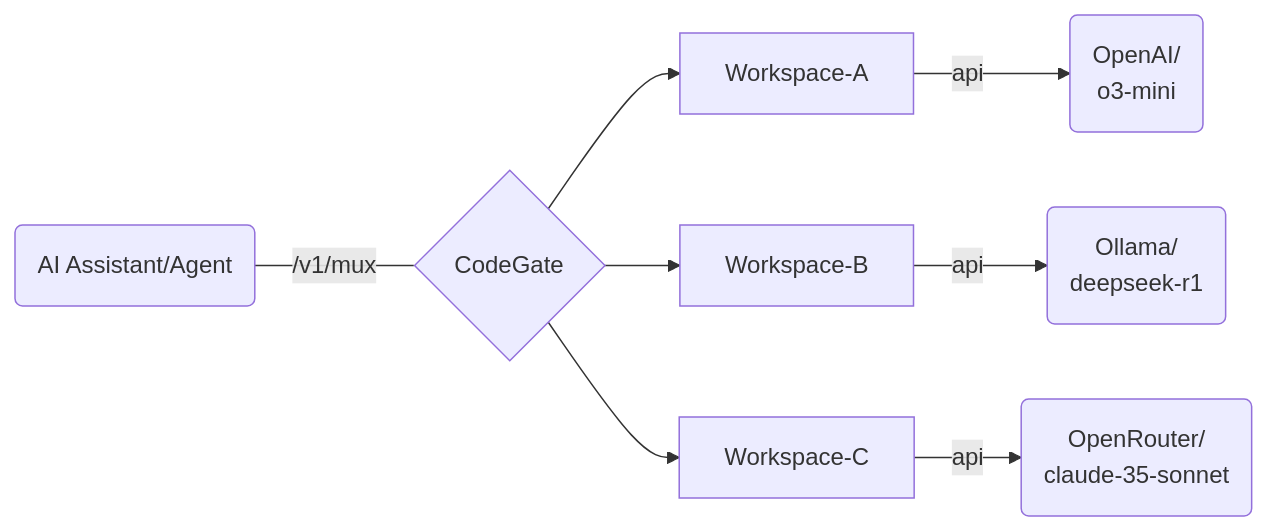
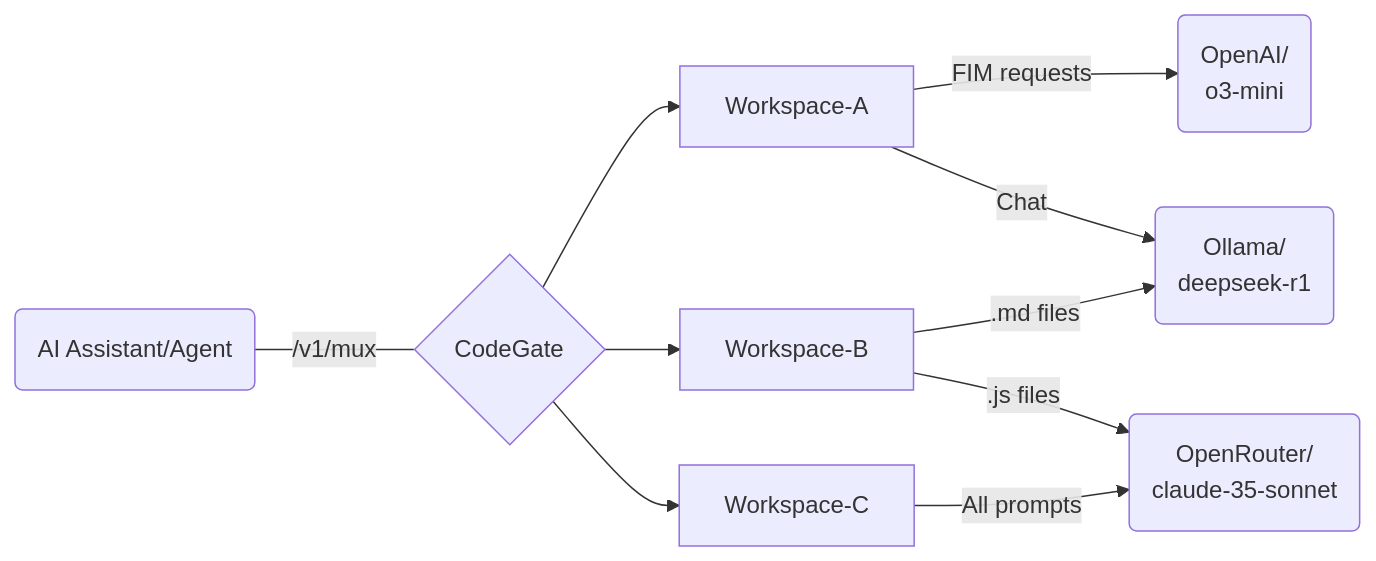
Before and after one commit to syntax-syndicate/codegate-docs: the diagram in docs/features/muxing.mdx, drawn with Mermaid. The commit also changed other lines of this file and 3 other files, not shown here.

````diff
--- a/docs/features/muxing.mdx
+++ b/docs/features/muxing.mdx
@@ -26,19 +26,21 @@
 ```mermaid
 flowchart LR
     Client(AI Assistant/Agent)
     CodeGate{CodeGate}
     WS1[Workspace-A]
     WS2[Workspace-B]
     WS3[Workspace-C]
     LLM1(OpenAI/<br>o3-mini)
     LLM2(Ollama/<br>deepseek-r1)
     LLM3(OpenRouter/<br>claude-35-sonnet)
 
     Client ---|/v1/mux| CodeGate
     CodeGate --> WS1
     CodeGate --> WS2
     CodeGate --> WS3
-    WS1 --> |api| LLM1
-    WS2 --> |api| LLM2
-    WS3 --> |api| LLM3
+    WS1 --> |FIM requests| LLM1
+    WS1 --> |Chat| LLM2
+    WS2 --> |.md files| LLM2
+    WS2 --> |.js files| LLM3
+    WS3 --> |All prompts| LLM3
 ```
````
